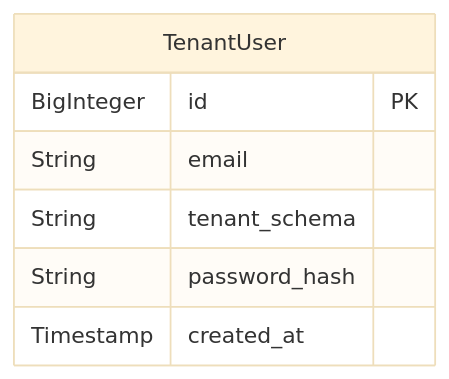
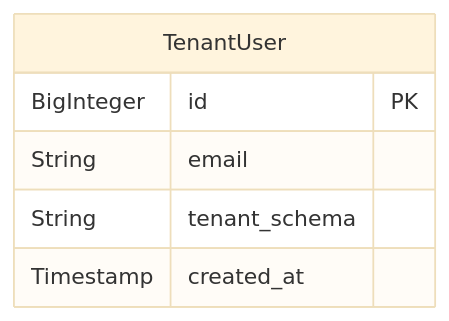
The sixth of 6 diagrams in Taskeri - Backend Documentation/09 - Models.md (darisdragusha/Taskeri), drawn with Mermaid (base theme) before and after one commit.

Commit message:
Minor Change

````diff
--- a/Taskeri - Backend Documentation/09 - Models.md
+++ b/Taskeri - Backend Documentation/09 - Models.md
@@ -232,10 +232,9 @@
 ```mermaid
 erDiagram
     TenantUser {
         BigInteger id PK
         String email
         String tenant_schema
-        String password_hash
         Timestamp created_at
     }
 ```
````
